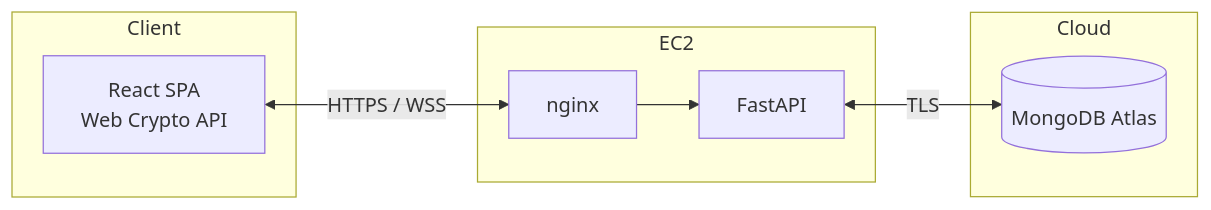
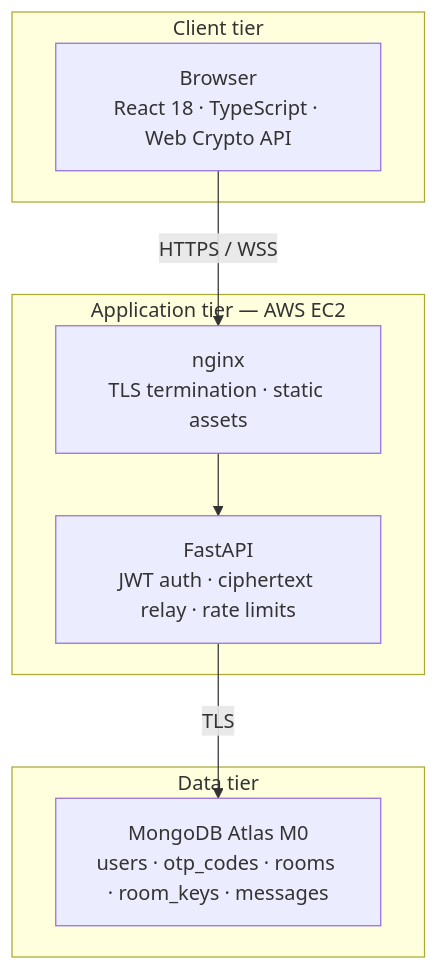
The first of 2 diagrams in README.md (Sireesha-Boyapati/Secure-Communications-Collaboration-System-Design-and-Deployment), drawn with Mermaid before and after one commit. The commit also changed other lines of this file, not shown here.

Commit message:
docs: restore full architecture section in README

````diff
--- a/README.md
+++ b/README.md
@@ -64,16 +66,19 @@
 ```mermaid
-flowchart LR
-    subgraph Client
-        A[React SPA<br/>Web Crypto API]
+flowchart TB
+    subgraph Client["Client tier"]
+        Browser["Browser<br/>React 18 · TypeScript · Web Crypto API"]
     end
-    subgraph EC2
-        B[nginx]
-        C[FastAPI]
-        B --> C
+
+    subgraph Compute["Application tier — AWS EC2"]
+        Nginx["nginx<br/>TLS termination · static assets"]
+        API["FastAPI<br/>JWT auth · ciphertext relay · rate limits"]
+        Nginx --> API
     end
-    subgraph Cloud
-        D[(MongoDB Atlas)]
+
+    subgraph Data["Data tier"]
+        Atlas["MongoDB Atlas M0<br/>users · otp_codes · rooms · room_keys · messages"]
     end
-    A <-->|HTTPS / WSS| B
-    C <-->|TLS| D
+
+    Browser -->|"HTTPS / WSS"| Nginx
+    API -->|"TLS"| Atlas
 ```
````
